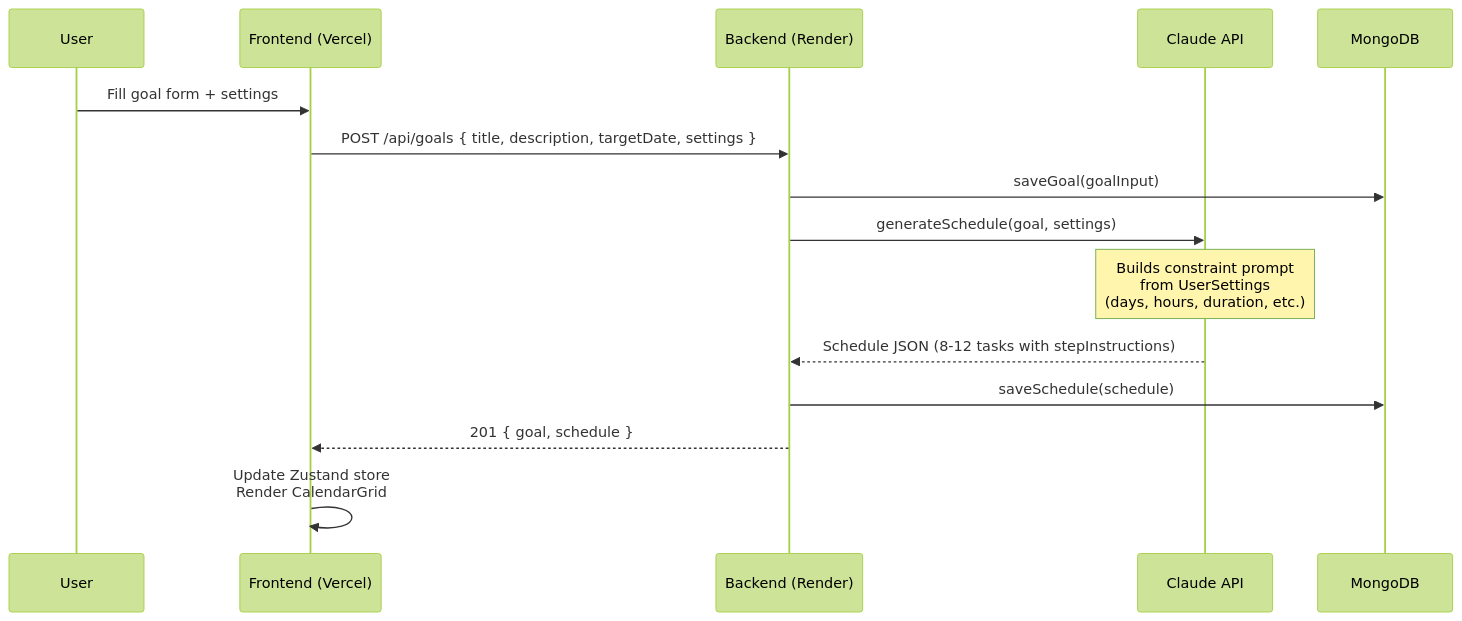
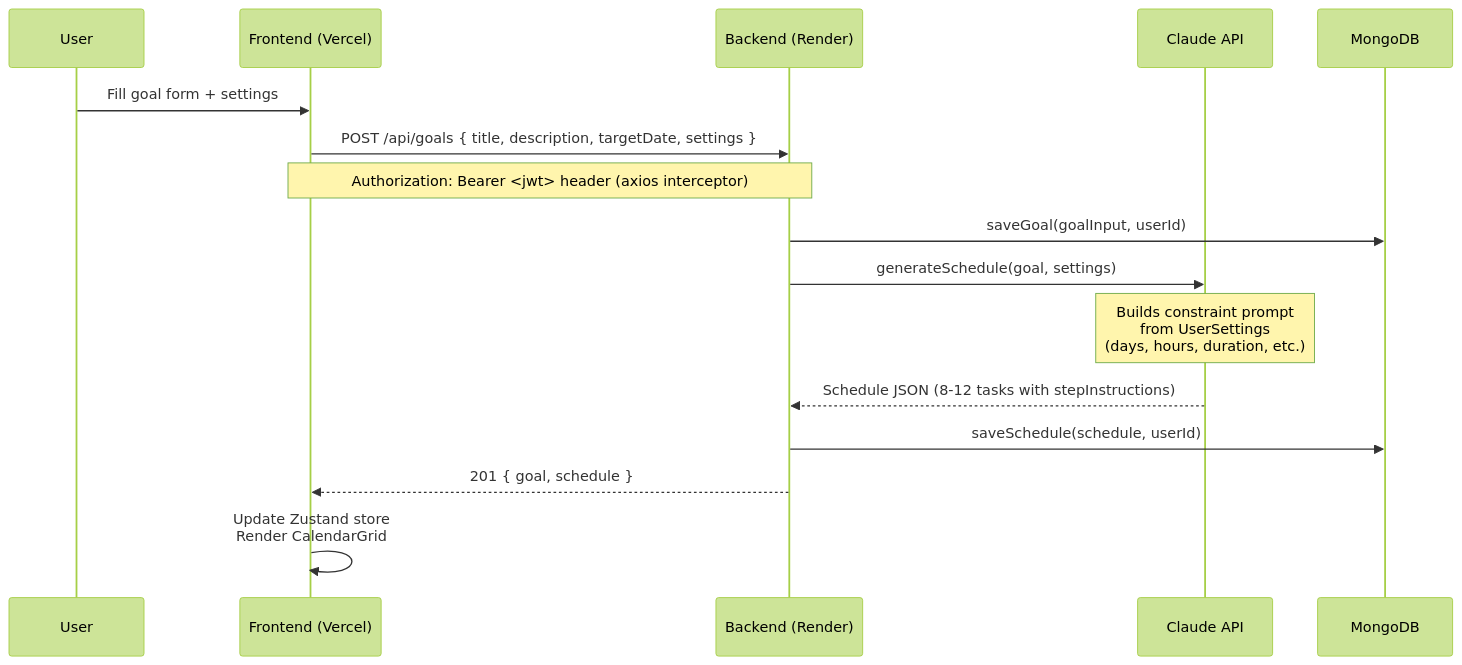
Before and after one commit to jsb58p/ai-calendar: the third of 5 diagrams in docs/ARCHITECTURE.md, drawn with Mermaid (forest theme). The commit also changed other lines of this file and 5 other files, not shown here.

````diff
--- a/docs/ARCHITECTURE.md
+++ b/docs/ARCHITECTURE.md
@@ -33,18 +64,19 @@
 ```mermaid
 sequenceDiagram
   participant U as User
   participant FE as Frontend (Vercel)
   participant BE as Backend (Render)
   participant AI as Claude API
   participant DB as MongoDB
 
   U->>FE: Fill goal form + settings
   FE->>BE: POST /api/goals { title, description, targetDate, settings }
-  BE->>DB: saveGoal(goalInput)
+  Note over FE,BE: Authorization: Bearer <jwt> header (axios interceptor)
+  BE->>DB: saveGoal(goalInput, userId)
   BE->>AI: generateSchedule(goal, settings)
   Note over AI: Builds constraint prompt<br/>from UserSettings<br/>(days, hours, duration, etc.)
   AI-->>BE: Schedule JSON (8-12 tasks with stepInstructions)
-  BE->>DB: saveSchedule(schedule)
+  BE->>DB: saveSchedule(schedule, userId)
   BE-->>FE: 201 { goal, schedule }
   FE->>FE: Update Zustand store<br/>Render CalendarGrid
 ```
````
